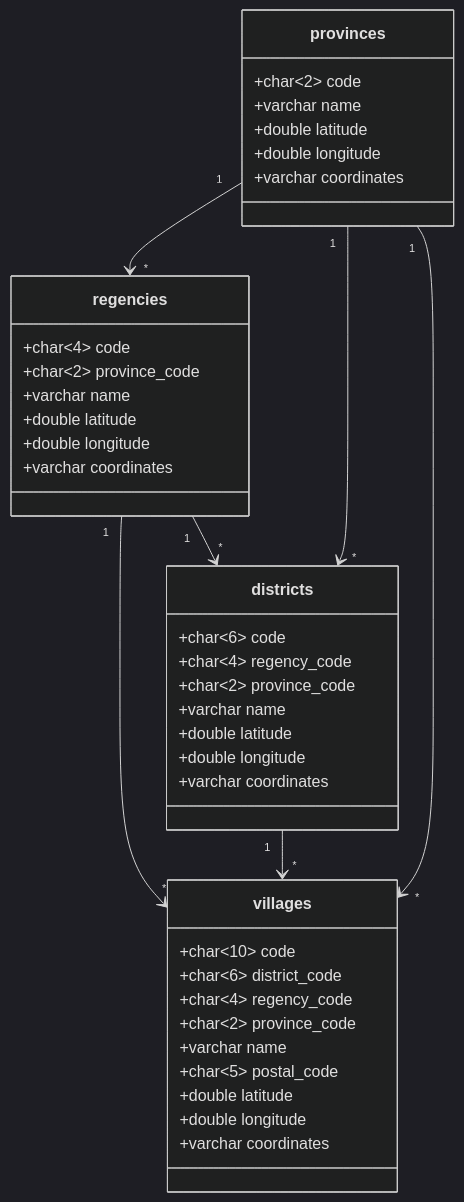
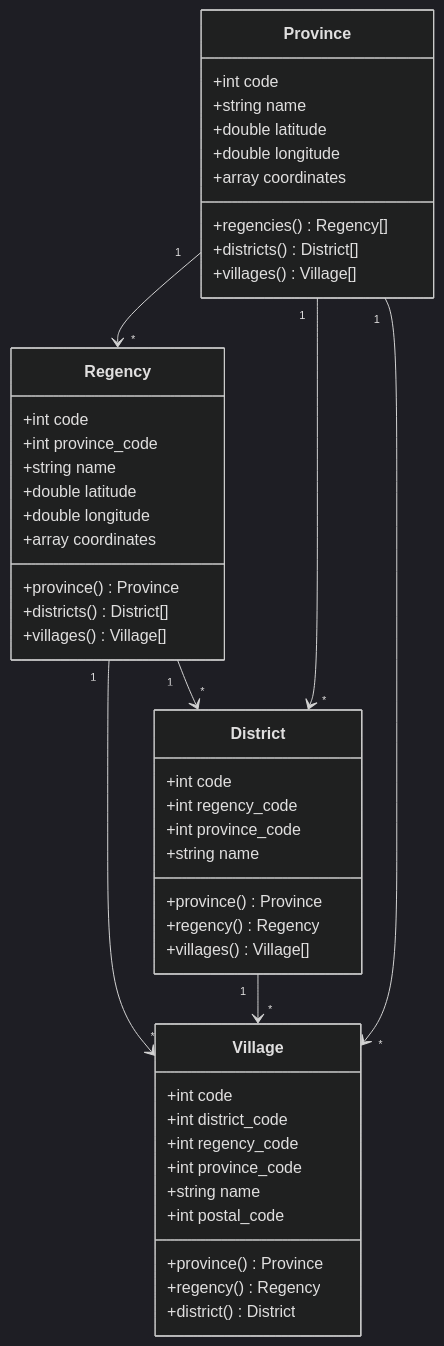
Before and after one commit to creasico/laravel-nusa: the diagram in database/README.md, drawn with Mermaid (dark theme). The commit also changed other lines of this file and 1 other file, not shown here.

````diff
--- a/database/README.md
+++ b/database/README.md
@@ -3,44 +3,51 @@
 ```mermaid
 classDiagram
-    provinces "1" --> "*" regencies
-    provinces "1" --> "*" districts
-    provinces "1" --> "*" villages
-    regencies "1" --> "*" villages
-    regencies "1" --> "*" districts
-    districts "1" --> "*" villages
-    class provinces {
-        +char~2~ code
-        +varchar name
+    Province "1" --> "*" Regency
+    Province "1" --> "*" District
+    Province "1" --> "*" Village
+    Regency "1" --> "*" Village
+    Regency "1" --> "*" District
+    District "1" --> "*" Village
+
+    class Province {
+        +int code
+        +string name
         +double latitude
         +double longitude
-        +varchar coordinates
+        +array coordinates
+        +regencies() Regency[]
+        +districts() District[]
+        +villages() Village[]
     }
-    class regencies {
-        +char~4~ code
-        +char~2~ province_code
-        +varchar name
+    class Regency {
+        +int code
+        +int province_code
+        +string name
         +double latitude
         +double longitude
-        +varchar coordinates
+        +array coordinates
+        +province() Province
+        +districts() District[]
+        +villages() Village[]
     }
-    class districts {
-        +char~6~ code
-        +char~4~ regency_code
-        +char~2~ province_code
-        +varchar name
-        +double latitude
-        +double longitude
-        +varchar coordinates
+    class District {
+        +int code
+        +int regency_code
+        +int province_code
+        +string name
+        +province() Province
+        +regency() Regency
+        +villages() Village[]
     }
-    class villages {
-        +char~10~ code
-        +char~6~ district_code
-        +char~4~ regency_code
-        +char~2~ province_code
-        +varchar name
-        +char~5~ postal_code
-        +double latitude
-        +double longitude
-        +varchar coordinates
+    class Village {
+        +int code
+        +int district_code
+        +int regency_code
+        +int province_code
+        +string name
+        +int postal_code
+        +province() Province
+        +regency() Regency
+        +district() District
     }
 ```
````
